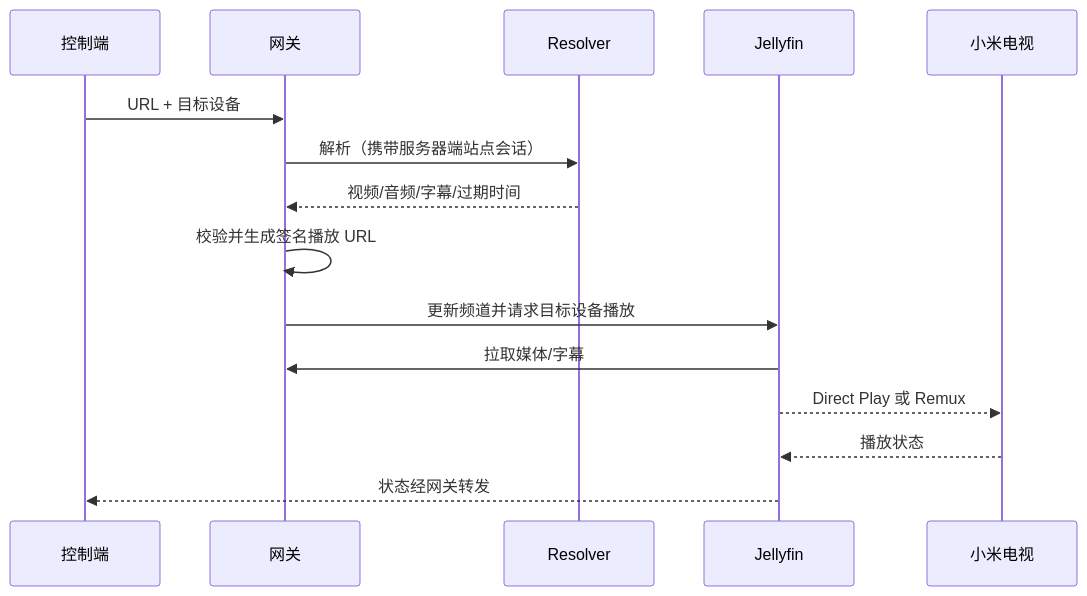
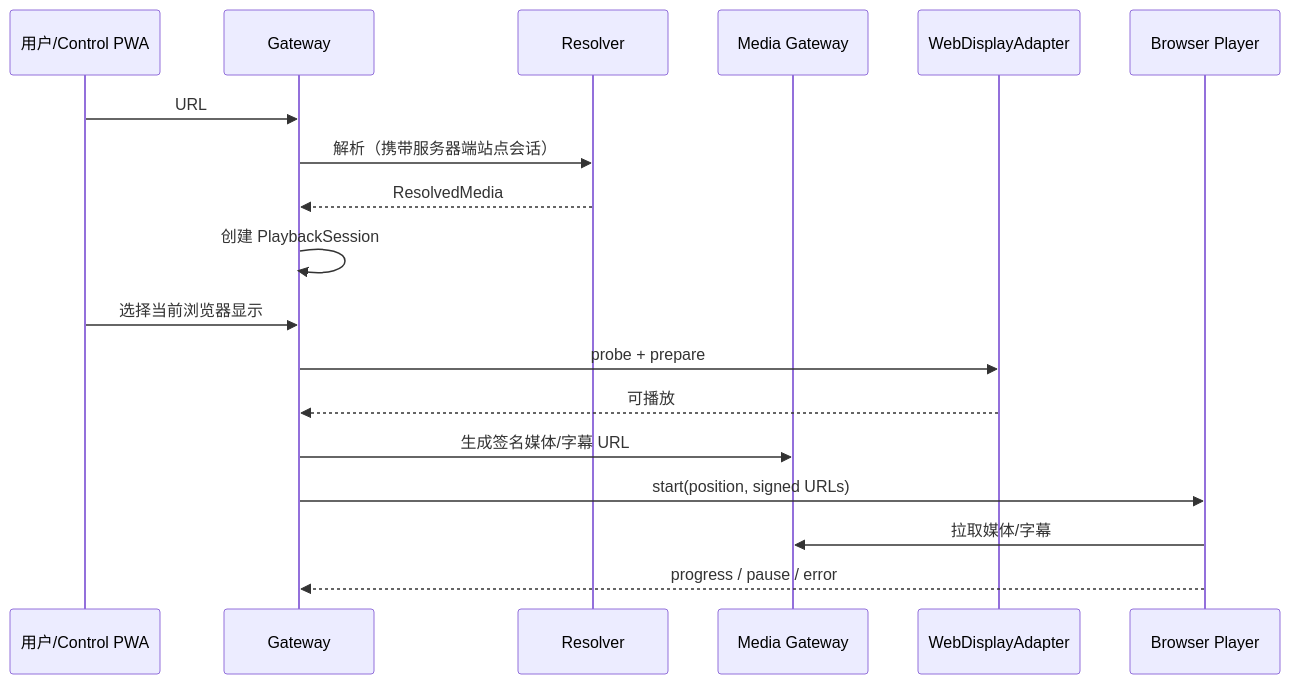
The second of 3 diagrams in docs/architecture.md (liqiangcc/jellyfin-web-media-gateway), drawn with Mermaid before and after one commit. The commit also changed other lines of this file and 6 other files, not shown here.

Commit message:
decouple-playback-from-jellyfin-with-display-adapters

````diff
--- a/docs/architecture.md
+++ b/docs/architecture.md
@@ -116,17 +233,20 @@
 ```mermaid
 sequenceDiagram
-    participant U as 控制端
-    participant G as 网关
+    participant U as 用户/Control PWA
+    participant G as Gateway
     participant R as Resolver
-    participant J as Jellyfin
-    participant T as 小米电视
-    U->>G: URL + 目标设备
+    participant P as Media Gateway
+    participant W as WebDisplayAdapter
+    participant B as Browser Player
+    U->>G: URL
     G->>R: 解析（携带服务器端站点会话）
-    R-->>G: 视频/音频/字幕/过期时间
-    G->>G: 校验并生成签名播放 URL
-    G->>J: 更新频道并请求目标设备播放
-    J->>G: 拉取媒体/字幕
-    J-->>T: Direct Play 或 Remux
-    T-->>J: 播放状态
-    J-->>U: 状态经网关转发
+    R-->>G: ResolvedMedia
+    G->>G: 创建 PlaybackSession
+    U->>G: 选择当前浏览器显示
+    G->>W: probe + prepare
+    W-->>G: 可播放
+    G->>P: 生成签名媒体/字幕 URL
+    G->>B: start(position, signed URLs)
+    B->>P: 拉取媒体/字幕
+    B-->>G: progress / pause / error
 ```
````
